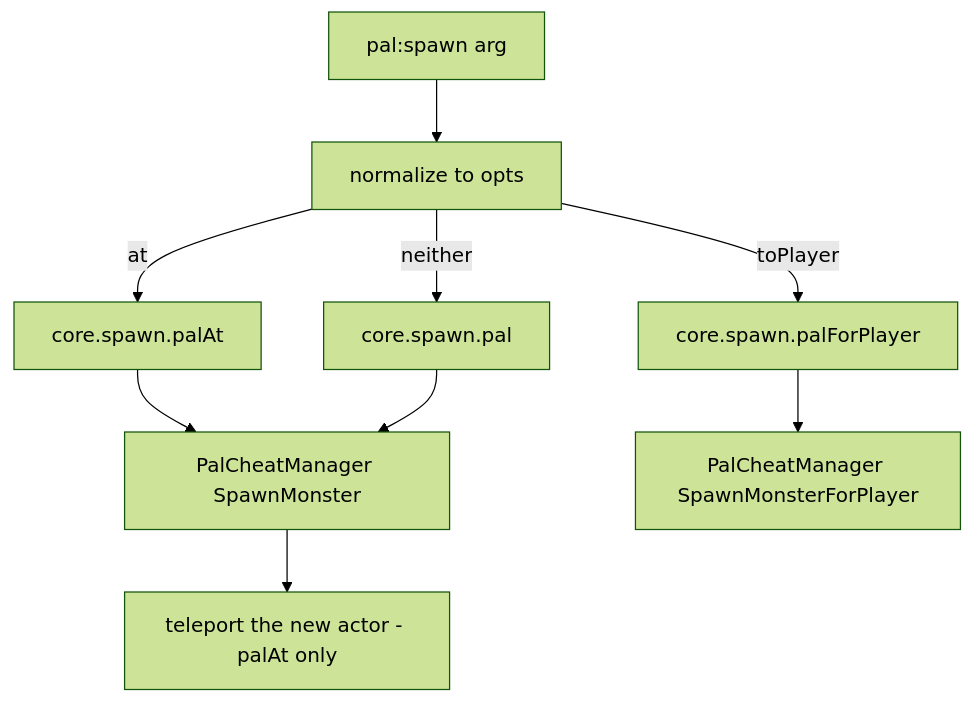
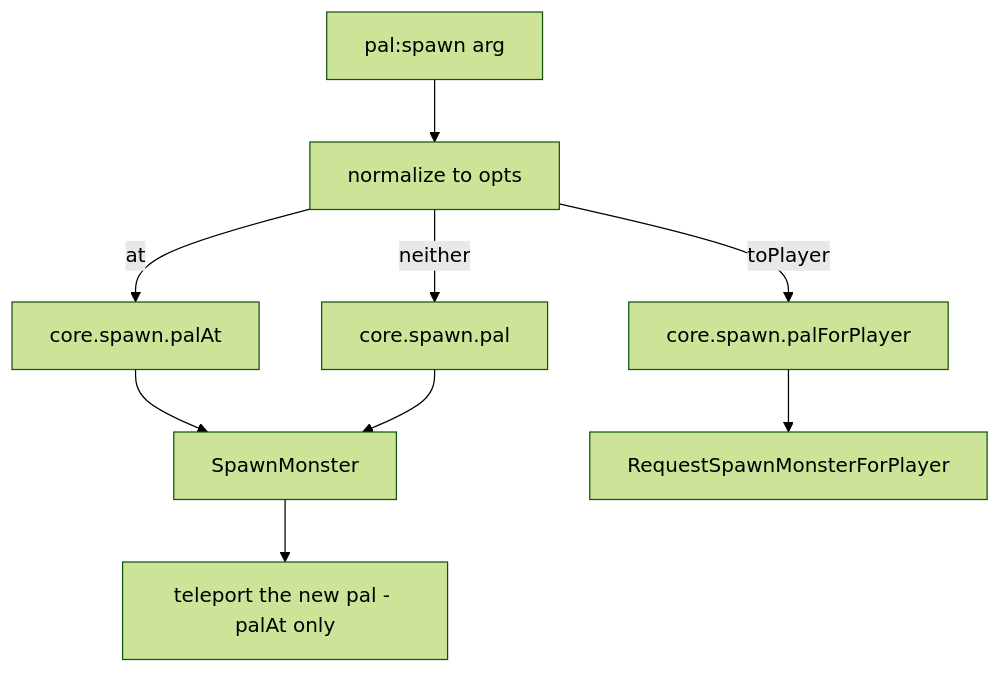
One commit to dr-mikan/PalForge changed the diagram in docs/content/docs/api/pal.ja.mdx. Above: the diagram before and after it, drawn with Mermaid (forest theme). The commit also changed other lines of this file and 36 other files, not shown here.

````diff
--- a/docs/content/docs/api/pal.ja.mdx
+++ b/docs/content/docs/api/pal.ja.mdx
@@ -483,11 +466,11 @@
 ```mermaid
 flowchart TD
   A["pal:spawn arg"] --> B["normalize to opts"]
   B -->|"at"| C["core.spawn.palAt"]
   B -->|"toPlayer"| D["core.spawn.palForPlayer"]
   B -->|"neither"| E["core.spawn.pal"]
-  C --> F["PalCheatManager SpawnMonster"]
+  C --> F["SpawnMonster"]
   E --> F
-  D --> G["PalCheatManager SpawnMonsterForPlayer"]
-  F --> H["teleport the new actor - palAt only"]
+  D --> G["RequestSpawnMonsterForPlayer"]
+  F --> H["teleport the new pal - palAt only"]
 ```
````
